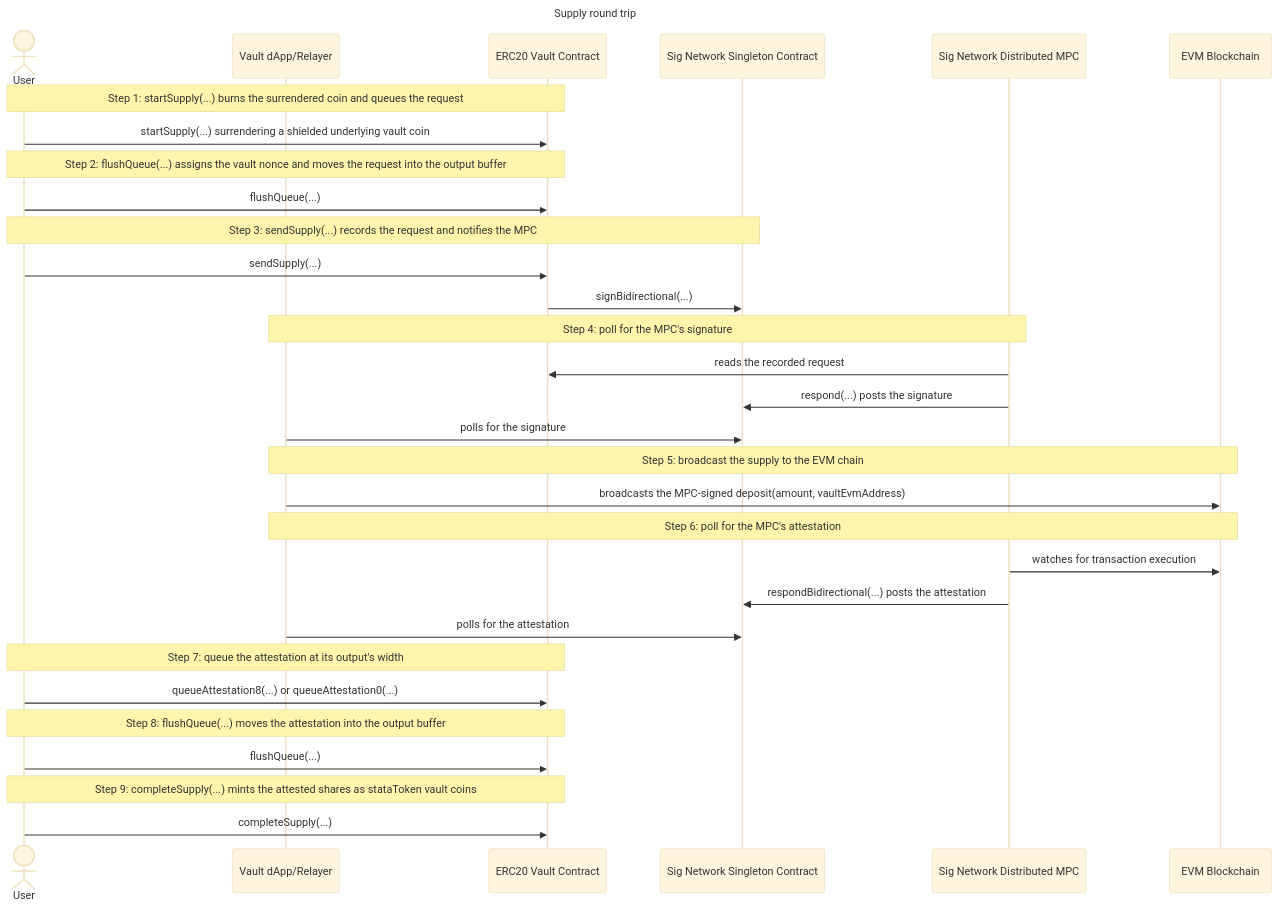
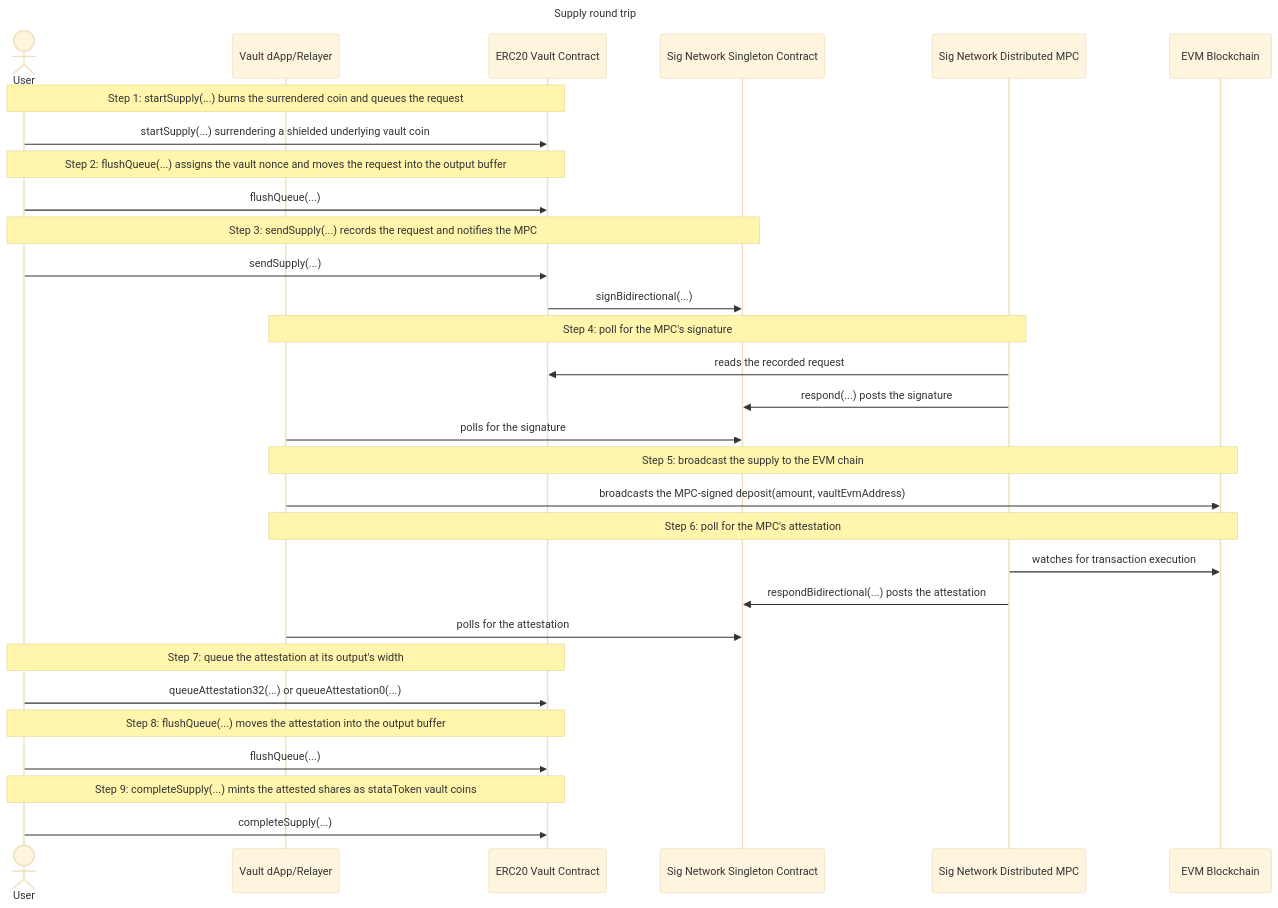
The diagram in examples/erc20-vault/docs/supply/supply.md (sig-net/midnight-examples), drawn with Mermaid (base theme) before and after one commit. The commit also changed other lines of this file and 34 other files, not shown here.

````diff
--- a/examples/erc20-vault/docs/supply/supply.md
+++ b/examples/erc20-vault/docs/supply/supply.md
@@ -179,34 +178,34 @@
 ```mermaid
 sequenceDiagram
     title Supply round trip
     actor User
     participant DApp as Vault dApp/Relayer
     participant Vault as ERC20 Vault Contract
     participant Singleton as Sig Network Singleton Contract
     participant MPC as Sig Network Distributed MPC
     participant EVM as EVM Blockchain
 
     Note over User,Vault: Step 1: startSupply(...) burns the surrendered coin and queues the request
     User->>Vault: startSupply(...) surrendering a shielded underlying vault coin
     Note over User,Vault: Step 2: flushQueue(...) assigns the vault nonce and moves the request into the output buffer
     User->>Vault: flushQueue(...)
     Note over User,Singleton: Step 3: sendSupply(...) records the request and notifies the MPC
     User->>Vault: sendSupply(...)
     Vault->>Singleton: signBidirectional(...)
     Note over DApp,MPC: Step 4: poll for the MPC's signature
     MPC->>Vault: reads the recorded request
     MPC->>Singleton: respond(...) posts the signature
     DApp->>Singleton: polls for the signature
     Note over DApp,EVM: Step 5: broadcast the supply to the EVM chain
     DApp->>EVM: broadcasts the MPC-signed deposit(amount, vaultEvmAddress)
     Note over DApp,EVM: Step 6: poll for the MPC's attestation
     MPC->>EVM: watches for transaction execution
     MPC->>Singleton: respondBidirectional(...) posts the attestation
     DApp->>Singleton: polls for the attestation
     Note over User,Vault: Step 7: queue the attestation at its output's width
-    User->>Vault: queueAttestation8(...) or queueAttestation0(...)
+    User->>Vault: queueAttestation32(...) or queueAttestation0(...)
     Note over User,Vault: Step 8: flushQueue(...) moves the attestation into the output buffer
     User->>Vault: flushQueue(...)
     Note over User,Vault: Step 9: completeSupply(...) mints the attested shares as stataToken vault coins
     User->>Vault: completeSupply(...)
 ```
````
